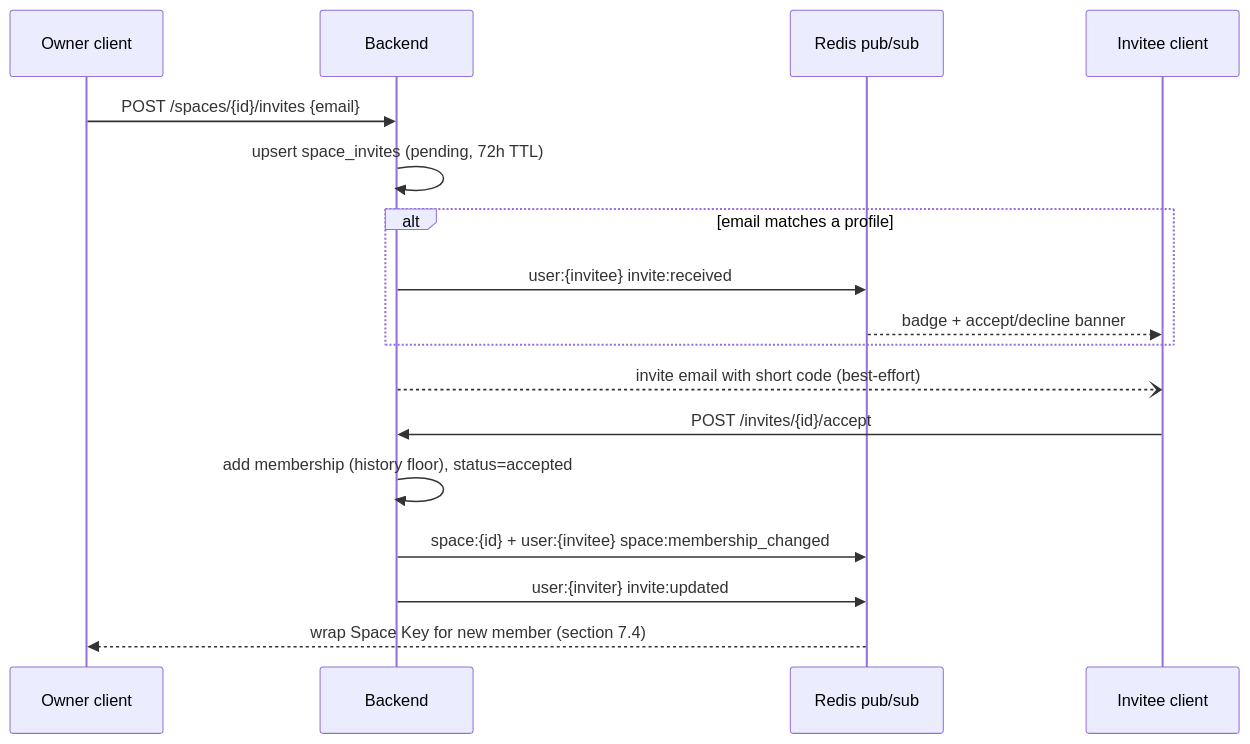
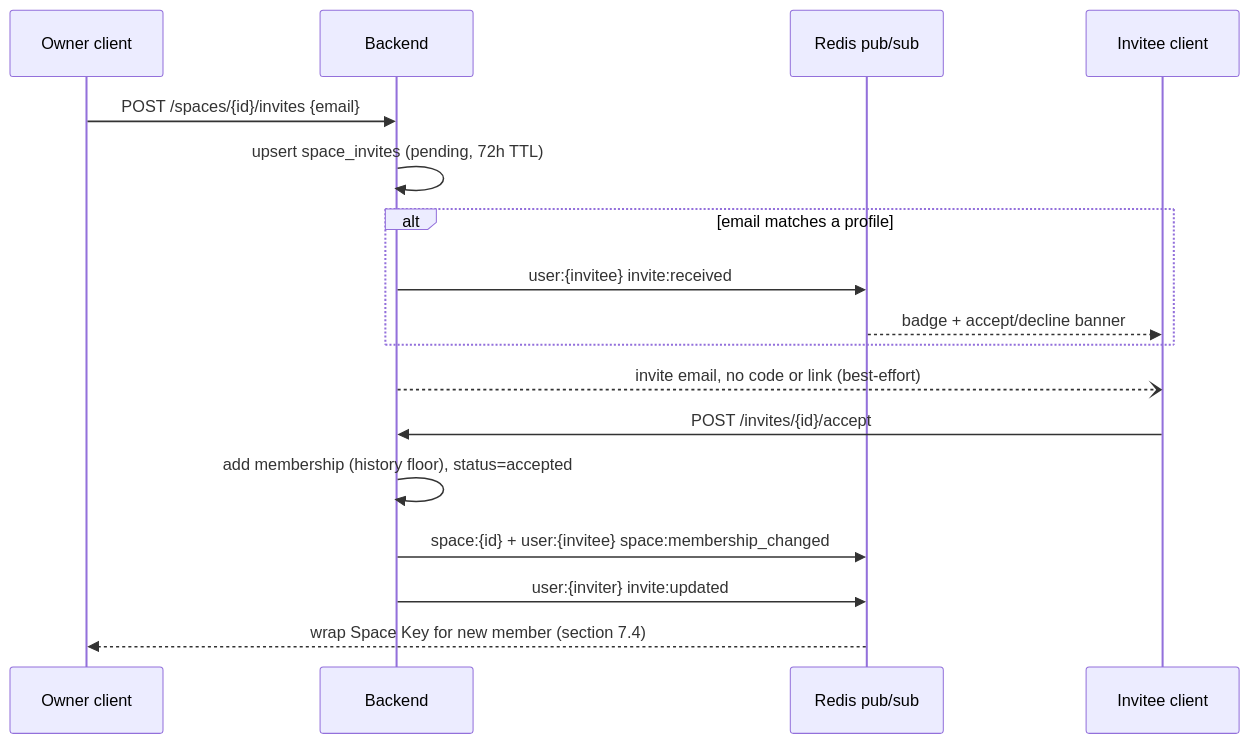
The third of 4 diagrams in docs/architecture.md (NotRover/RoverTools-Orange-Copy-Paste-Backend), drawn with Mermaid before and after one commit. The commit also changed 13 other files, not shown here.

````diff
--- a/docs/architecture.md
+++ b/docs/architecture.md
@@ -1168,20 +1168,20 @@
 ```mermaid
 sequenceDiagram
     participant O as Owner client
     participant API as Backend
     participant R as Redis pub/sub
     participant I as Invitee client
 
     O->>API: POST /spaces/{id}/invites {email}
     API->>API: upsert space_invites (pending, 72h TTL)
     alt email matches a profile
         API->>R: user:{invitee} invite:received
         R-->>I: badge + accept/decline banner
     end
-    API--)I: invite email with short code (best-effort)
+    API--)I: invite email, no code or link (best-effort)
     I->>API: POST /invites/{id}/accept
     API->>API: add membership (history floor), status=accepted
     API->>R: space:{id} + user:{invitee} space:membership_changed
     API->>R: user:{inviter} invite:updated
     R-->>O: wrap Space Key for new member (section 7.4)
 ```
````
